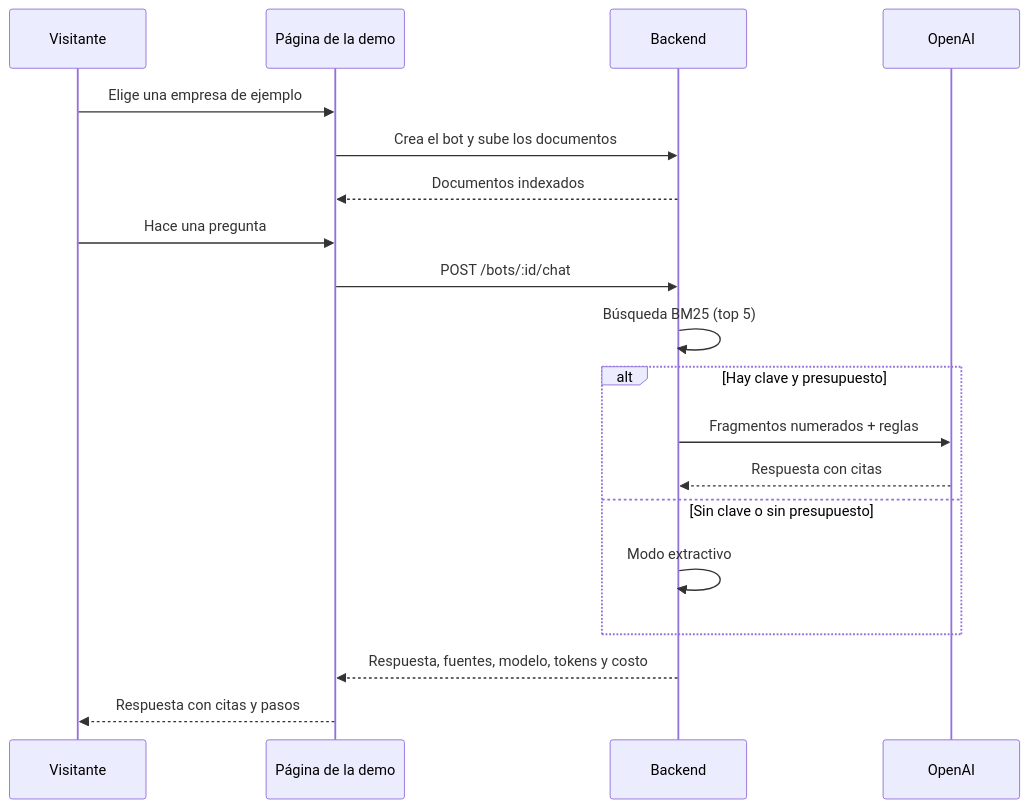
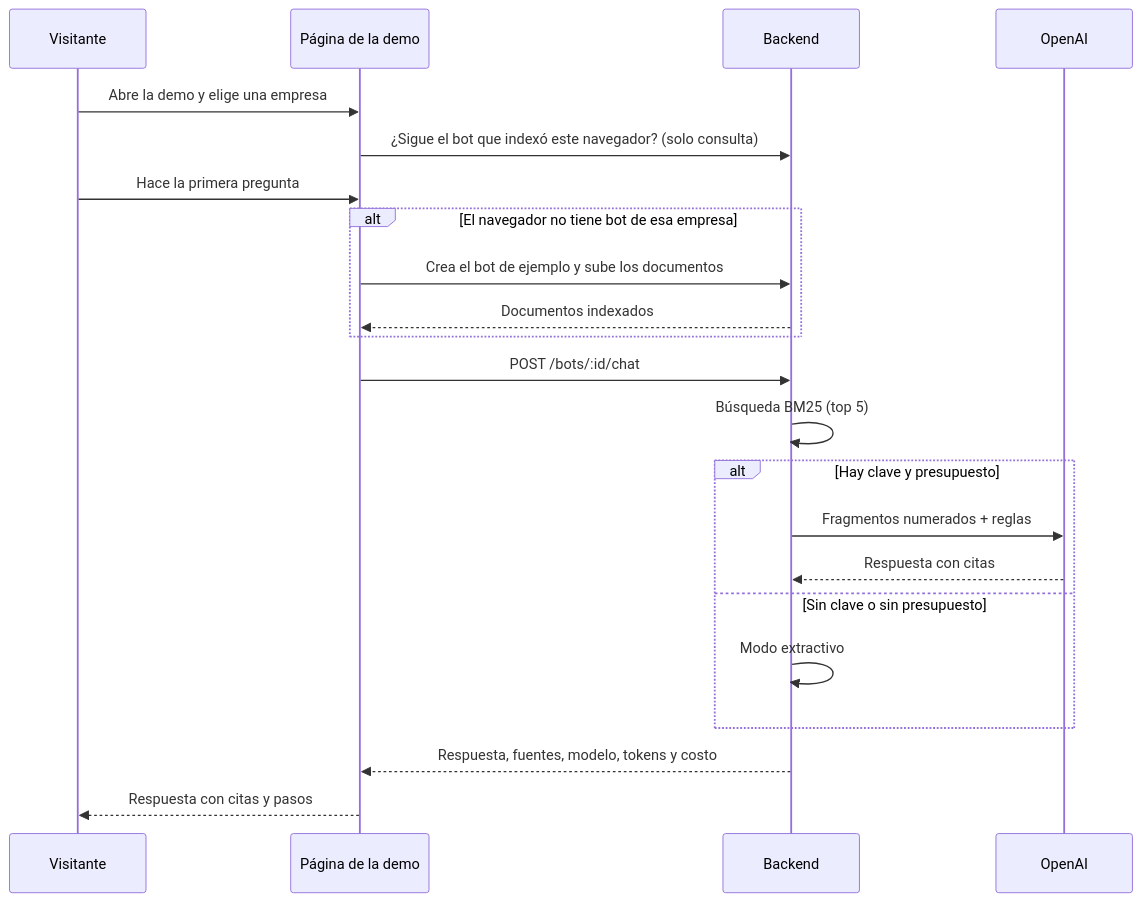
The diagram in docs/wiki/Guia-Demo-chatbot.md (ronalc90/koptup), drawn with Mermaid before and after one commit. The commit also changed other lines of this file and 57 other files, not shown here.

````diff
--- a/docs/wiki/Guia-Demo-chatbot.md
+++ b/docs/wiki/Guia-Demo-chatbot.md
@@ -187,21 +214,24 @@
 ```mermaid
 sequenceDiagram
     participant V as Visitante
     participant W as Página de la demo
     participant B as Backend
     participant O as OpenAI
-    V->>W: Elige una empresa de ejemplo
-    W->>B: Crea el bot y sube los documentos
-    B-->>W: Documentos indexados
-    V->>W: Hace una pregunta
+    V->>W: Abre la demo y elige una empresa
+    W->>B: ¿Sigue el bot que indexó este navegador? (solo consulta)
+    V->>W: Hace la primera pregunta
+    alt El navegador no tiene bot de esa empresa
+        W->>B: Crea el bot de ejemplo y sube los documentos
+        B-->>W: Documentos indexados
+    end
     W->>B: POST /bots/:id/chat
     B->>B: Búsqueda BM25 (top 5)
     alt Hay clave y presupuesto
         B->>O: Fragmentos numerados + reglas
         O-->>B: Respuesta con citas
     else Sin clave o sin presupuesto
         B->>B: Modo extractivo
     end
     B-->>W: Respuesta, fuentes, modelo, tokens y costo
     W-->>V: Respuesta con citas y pasos
 ```
````
